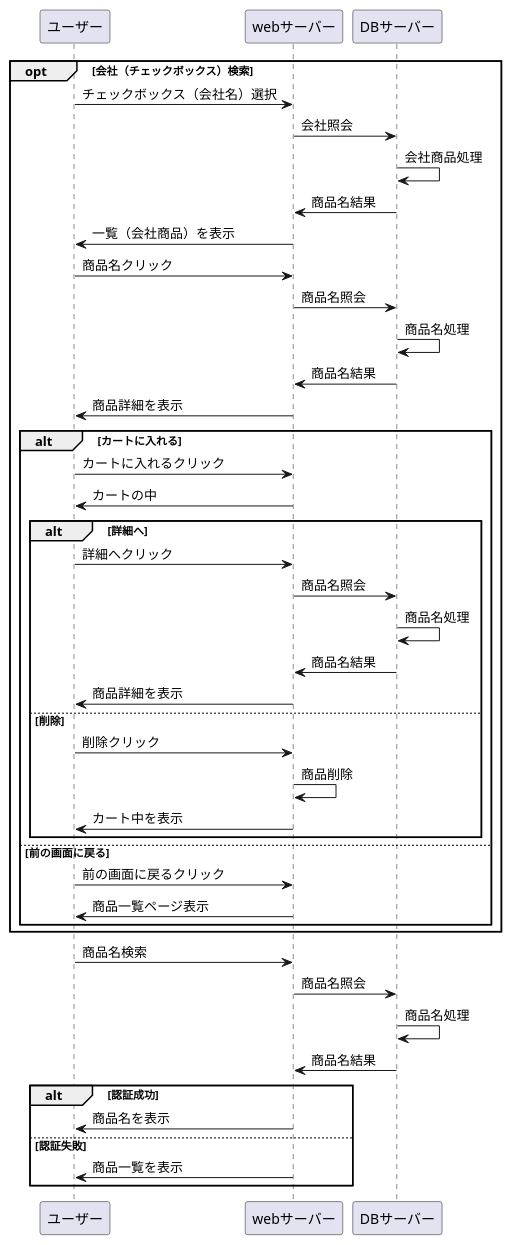
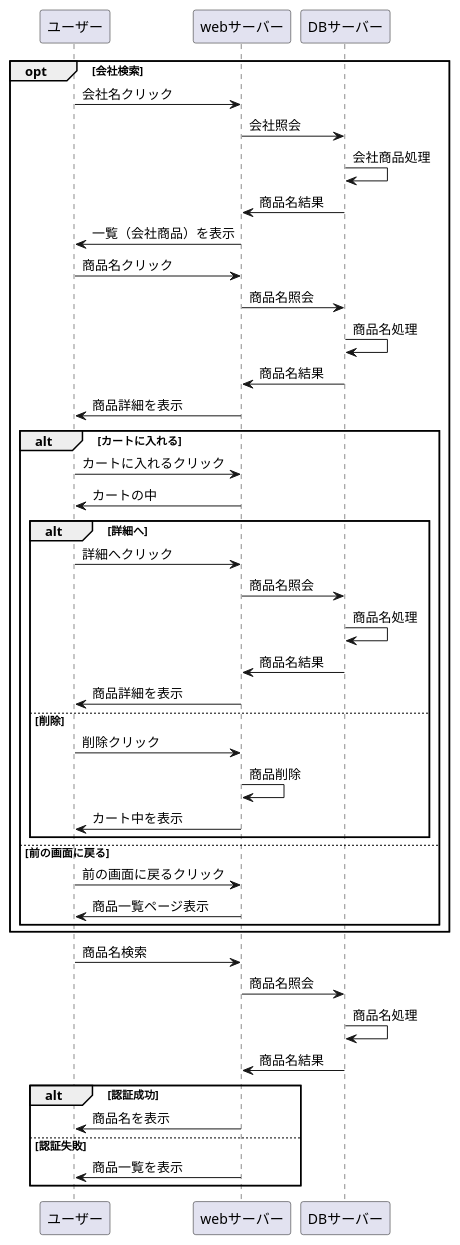
The diagram in myHP/第９回レポート（業務フロー）/購入.md (Aso2001403/2021sys-design), drawn with PlantUML before and after one commit.

````diff
--- a/myHP/第９回レポート（業務フロー）/購入.md
+++ b/myHP/第９回レポート（業務フロー）/購入.md
@@ -1,47 +1,47 @@
 ```uml
 @startuml
-opt 会社（チェックボックス）検索
-ユーザー -> webサーバー :チェックボックス（会社名）選択
+opt 会社検索
+ユーザー -> webサーバー :会社名クリック
 webサーバー -> DBサーバー : 会社照会
 DBサーバー -> DBサーバー : 会社商品処理
 DBサーバー -> webサーバー : 商品名結果
 webサーバー -> ユーザー : 一覧（会社商品）を表示
 ユーザー -> webサーバー : 商品名クリック
 webサーバー -> DBサーバー : 商品名照会
 DBサーバー -> DBサーバー : 商品名処理
 DBサーバー -> webサーバー : 商品名結果
 webサーバー -> ユーザー : 商品詳細を表示
 
 alt カートに入れる
  ユーザー -> webサーバー :カートに入れるクリック
  webサーバー -> ユーザー:カートの中
  alt 詳細へ
 ユーザー -> webサーバー : 詳細へクリック
 webサーバー -> DBサーバー : 商品名照会
 DBサーバー -> DBサーバー : 商品名処理
 DBサーバー -> webサーバー : 商品名結果
 webサーバー -> ユーザー : 商品詳細を表示
  else 削除
 ユーザー -> webサーバー : 削除クリック
 webサーバー -> webサーバー : 商品削除
 webサーバー -> ユーザー : カート中を表示
  end
  else 前の画面に戻る
  ユーザー -> webサーバー :前の画面に戻るクリック
  webサーバー -> ユーザー:商品一覧ページ表示
  end
 end
 
 ユーザー -> webサーバー : 商品名検索
 webサーバー -> DBサーバー : 商品名照会
 DBサーバー -> DBサーバー : 商品名処理
 DBサーバー -> webサーバー : 商品名結果
 
 alt 認証成功
 webサーバー -> ユーザー : 商品名を表示
 else 認証失敗
 webサーバー -> ユーザー : 商品一覧を表示
 end
 
 @enduml
 ```
````
